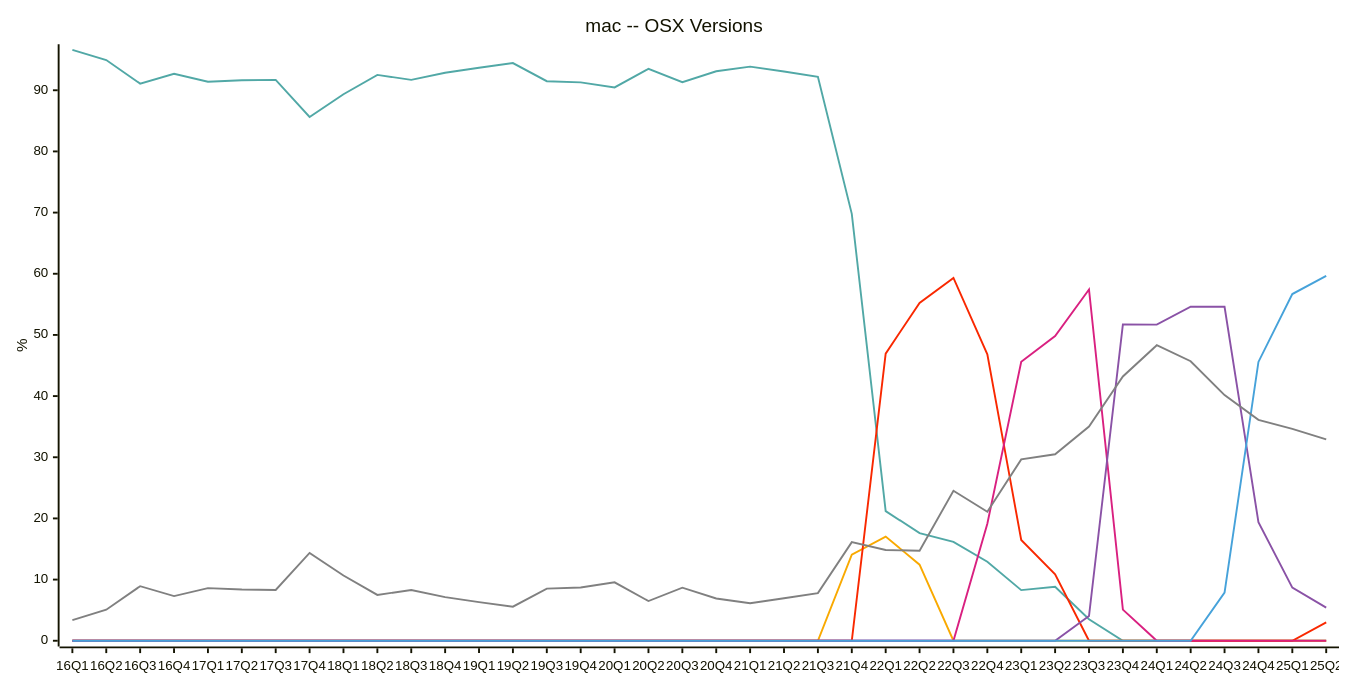
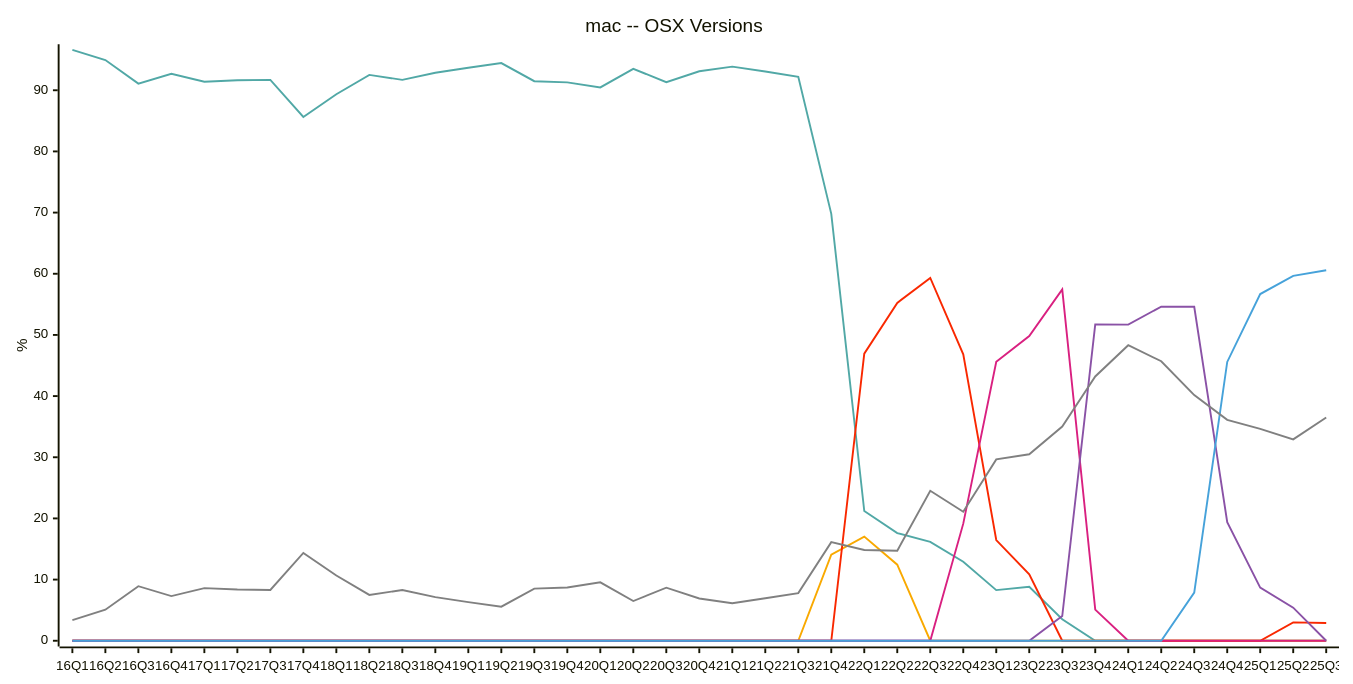
Diagram 13 of 22 in README.md (jdegene/steamHWsurvey), drawn with Mermaid before and after one commit. The commit also changed other lines of this file and 4 other files, not shown here.

````diff
--- a/README.md
+++ b/README.md
@@ -425,25 +425,25 @@
 ```mermaid
 ---
 config:
     xyChart:
         width: 1400
         height: 700
         
     themeVariables:
         xyChart:
             plotColorPalette: "#51a8a6,#f9a900,#f92800,#d92080,#8a52a6,#46a2da,#808080"
 
 --- 
 
 xychart-beta
     title "mac -- OSX Versions"
-    x-axis [16Q1, 16Q2, 16Q3, 16Q4, 17Q1, 17Q2, 17Q3, 17Q4, 18Q1, 18Q2, 18Q3, 18Q4, 19Q1, 19Q2, 19Q3, 19Q4, 20Q1, 20Q2, 20Q3, 20Q4, 21Q1, 21Q2, 21Q3, 21Q4, 22Q1, 22Q2, 22Q3, 22Q4, 23Q1, 23Q2, 23Q3, 23Q4, 24Q1, 24Q2, 24Q3, 24Q4, 25Q1, 25Q2]
+    x-axis [16Q1, 16Q2, 16Q3, 16Q4, 17Q1, 17Q2, 17Q3, 17Q4, 18Q1, 18Q2, 18Q3, 18Q4, 19Q1, 19Q2, 19Q3, 19Q4, 20Q1, 20Q2, 20Q3, 20Q4, 21Q1, 21Q2, 21Q3, 21Q4, 22Q1, 22Q2, 22Q3, 22Q4, 23Q1, 23Q2, 23Q3, 23Q4, 24Q1, 24Q2, 24Q3, 24Q4, 25Q1, 25Q2, 25Q3]
     y-axis "%" 
-    line [96.60666666666667, 94.94000000000001, 91.09, 92.69666666666666, 91.39999999999999, 91.63333333333333, 91.69999999999999, 85.64, 89.34333333333333, 92.51499999999999, 91.70333333333333, 92.86666666666666, 93.67999999999999, 94.44, 91.48333333333333, 91.28666666666666, 90.46, 93.5, 91.325, 93.10000000000001, 93.85666666666667, 93.06, 92.21000000000001, 69.78999999999999, 21.2, 17.6, 16.17, 12.925, 8.28, 8.836666666666666, 3.51, 0, 0, 0, 0, 0, 0, 0]
-    line [0, 0, 0, 0, 0, 0, 0, 0, 0, 0, 0, 0, 0, 0, 0, 0, 0, 0, 0, 0, 0, 0, 0, 14.09, 17.03, 12.44, 0, 0, 0, 0, 0, 0, 0, 0, 0, 0, 0, 0]
-    line [0, 0, 0, 0, 0, 0, 0, 0, 0, 0, 0, 0, 0, 0, 0, 0, 0, 0, 0, 0, 0, 0, 0, 0, 46.945, 55.24, 59.32000000000001, 46.839999999999996, 16.465000000000003, 10.86, 0, 0, 0, 0, 0, 0, 0, 3.0]
-    line [0, 0, 0, 0, 0, 0, 0, 0, 0, 0, 0, 0, 0, 0, 0, 0, 0, 0, 0, 0, 0, 0, 0, 0, 0, 0, 0, 19.145, 45.595, 49.82, 57.43000000000001, 5.09, 0, 0, 0, 0, 0, 0]
-    line [0, 0, 0, 0, 0, 0, 0, 0, 0, 0, 0, 0, 0, 0, 0, 0, 0, 0, 0, 0, 0, 0, 0, 0, 0, 0, 0, 0, 0, 0, 4.04, 51.71, 51.68000000000001, 54.62666666666666, 54.59666666666667, 19.37333333333333, 8.683333333333334, 5.413333333333333]
-    line [0, 0, 0, 0, 0, 0, 0, 0, 0, 0, 0, 0, 0, 0, 0, 0, 0, 0, 0, 0, 0, 0, 0, 0, 0, 0, 0, 0, 0, 0, 0, 0, 0, 0, 7.869999999999999, 45.58333333333333, 56.68333333333333, 59.66666666666667]
-    line [3.38, 5.073333333333333, 8.92, 7.3, 8.61, 8.373333333333333, 8.3, 14.356666666666666, 10.673333333333336, 7.489999999999999, 8.296666666666667, 7.13, 6.3133333333333335, 5.57, 8.52, 8.709999999999999, 9.55, 6.49, 8.68, 6.905, 6.136666666666666, 6.946666666666666, 7.785, 16.12, 14.829999999999998, 14.719999999999999, 24.52, 21.085, 29.65, 30.493333333333332, 35.02, 43.205, 48.32, 45.7, 40.160000000000004, 36.11333333333333, 34.63666666666666, 32.92]
+    line [96.60666666666667, 94.94000000000001, 91.09, 92.69666666666666, 91.39999999999999, 91.63333333333333, 91.69999999999999, 85.64, 89.34333333333333, 92.51499999999999, 91.70333333333333, 92.86666666666666, 93.67999999999999, 94.44, 91.48333333333333, 91.28666666666666, 90.46, 93.5, 91.325, 93.10000000000001, 93.85666666666667, 93.06, 92.21000000000001, 69.78999999999999, 21.2, 17.6, 16.17, 12.925, 8.28, 8.836666666666666, 3.51, 0, 0, 0, 0, 0, 0, 0, 0]
+    line [0, 0, 0, 0, 0, 0, 0, 0, 0, 0, 0, 0, 0, 0, 0, 0, 0, 0, 0, 0, 0, 0, 0, 14.09, 17.03, 12.44, 0, 0, 0, 0, 0, 0, 0, 0, 0, 0, 0, 0, 0]
+    line [0, 0, 0, 0, 0, 0, 0, 0, 0, 0, 0, 0, 0, 0, 0, 0, 0, 0, 0, 0, 0, 0, 0, 0, 46.945, 55.24, 59.32000000000001, 46.839999999999996, 16.465000000000003, 10.86, 0, 0, 0, 0, 0, 0, 0, 3.0, 2.91]
+    line [0, 0, 0, 0, 0, 0, 0, 0, 0, 0, 0, 0, 0, 0, 0, 0, 0, 0, 0, 0, 0, 0, 0, 0, 0, 0, 0, 19.145, 45.595, 49.82, 57.43000000000001, 5.09, 0, 0, 0, 0, 0, 0, 0]
+    line [0, 0, 0, 0, 0, 0, 0, 0, 0, 0, 0, 0, 0, 0, 0, 0, 0, 0, 0, 0, 0, 0, 0, 0, 0, 0, 0, 0, 0, 0, 4.04, 51.71, 51.68000000000001, 54.62666666666666, 54.59666666666667, 19.37333333333333, 8.683333333333334, 5.413333333333333, 0]
+    line [0, 0, 0, 0, 0, 0, 0, 0, 0, 0, 0, 0, 0, 0, 0, 0, 0, 0, 0, 0, 0, 0, 0, 0, 0, 0, 0, 0, 0, 0, 0, 0, 0, 0, 7.869999999999999, 45.58333333333333, 56.68333333333333, 59.66666666666667, 60.57999999999999]
+    line [3.38, 5.073333333333333, 8.92, 7.3, 8.61, 8.373333333333333, 8.3, 14.356666666666666, 10.673333333333336, 7.489999999999999, 8.296666666666667, 7.13, 6.3133333333333335, 5.57, 8.52, 8.709999999999999, 9.55, 6.49, 8.68, 6.905, 6.136666666666666, 6.946666666666666, 7.785, 16.12, 14.829999999999998, 14.719999999999999, 24.52, 21.085, 29.65, 30.493333333333332, 35.02, 43.205, 48.32, 45.7, 40.160000000000004, 36.11333333333333, 34.63666666666666, 32.92, 36.5]
 ``` 
````
